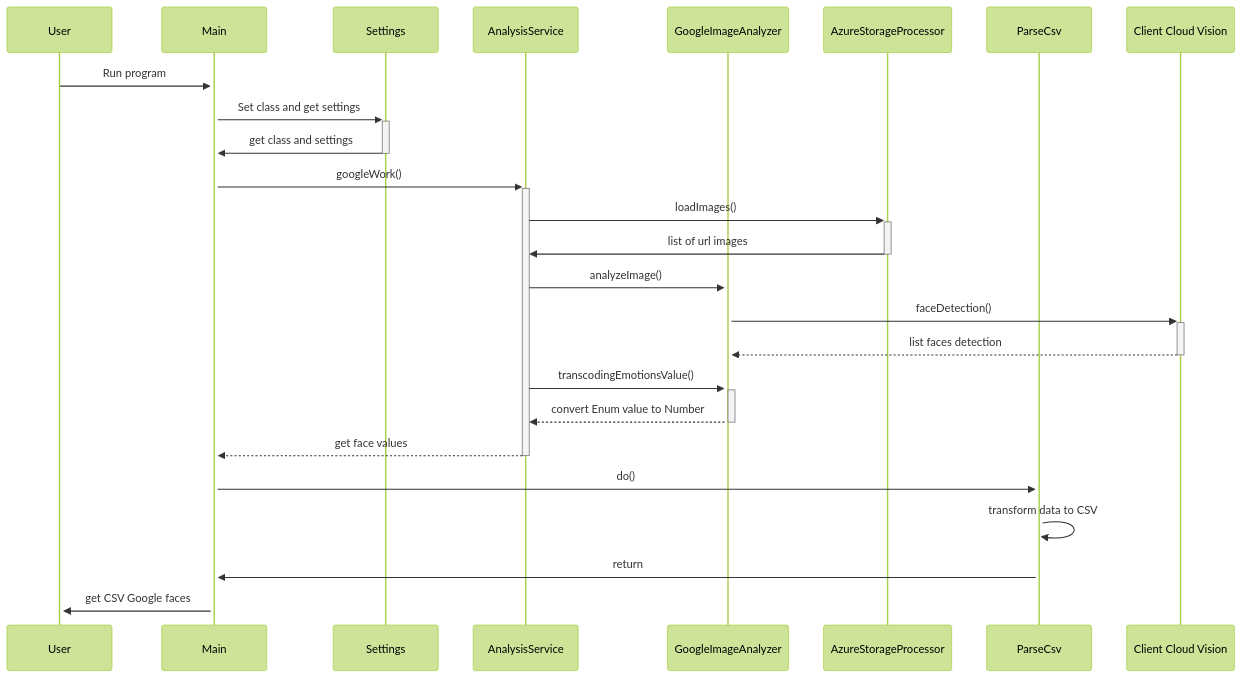
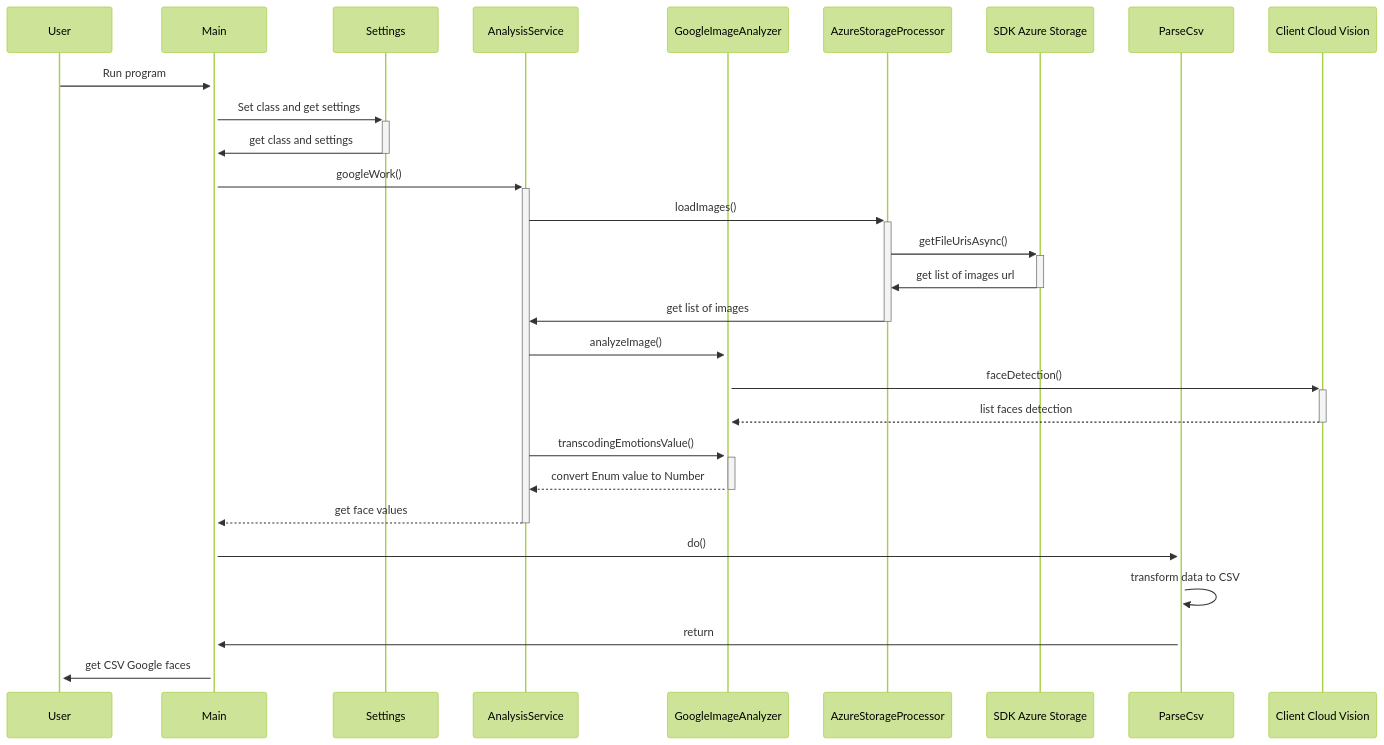
One commit to bslbar/face-recognition changed the diagram in diagrams/GoogleSequenceDiagram.md. Above: the diagram before and after it, drawn with Mermaid (forest theme). The commit also changed 1 other file, not shown here.

Commit message:
edits sequence diagrams

````diff
--- a/diagrams/GoogleSequenceDiagram.md
+++ b/diagrams/GoogleSequenceDiagram.md
@@ -1,27 +1,30 @@
 ```mermaid
 sequenceDiagram
     participant U as User
     participant M as Main
     participant S as Settings
     participant AS as AnalysisService
     participant GIA as GoogleImageAnalyzer
     participant ASP as AzureStorageProcessor
+    participant SDKSTORAGE as SDK Azure Storage
     participant PCSV as ParseCsv
     participant GOOGLE as Client Cloud Vision
 	U->>+M: Run program						
 	M->>+S: Set class and get settings 						
 	S->>-M: get class and settings							
 	M->>+AS: googleWork()						
 	AS->>+ASP: loadImages()	
-	ASP->>-AS: list of url images					
+	ASP->>+SDKSTORAGE: getFileUrisAsync()
+    SDKSTORAGE->>-ASP: get list of images url
+    ASP->>-AS: get list of images				
 	AS->>+GIA: analyzeImage()					
 	GIA->>+GOOGLE: faceDetection()			
 	GOOGLE-->>-GIA: list faces detection	
     AS->>+GIA: transcodingEmotionsValue()					
 	GIA-->>-AS: convert Enum value to Number								
 	AS-->>-M: get face values
     M->>+PCSV: do()	
     PCSV->>+PCSV: transform data to CSV	
     PCSV->>+M: return	
     M->>+U: get CSV Google faces	
 ```
````
